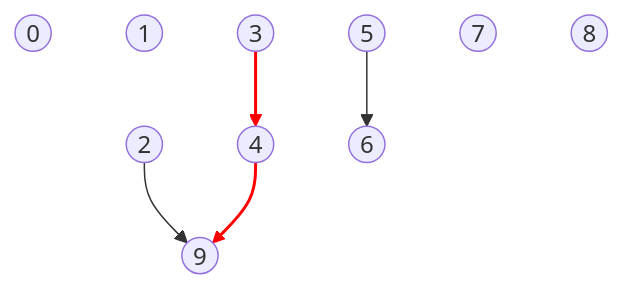
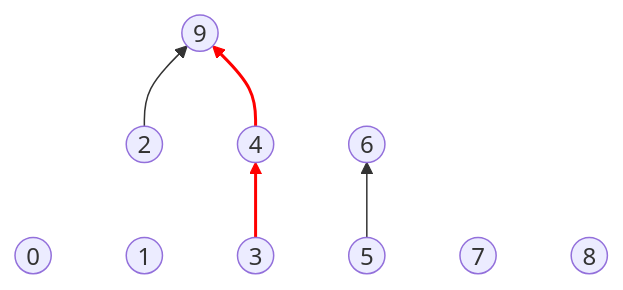
One commit to tmtxt/tmtxt.github.com changed the third of 6 diagrams in _posts/2022-09-03-dynamic-connectivity-union-find-summary.md. Above: the diagram before and after it, drawn with Mermaid. The commit also changed other lines of this file, not shown here.

```diff
--- a/_posts/2022-09-03-dynamic-connectivity-union-find-summary.md
+++ b/_posts/2022-09-03-dynamic-connectivity-union-find-summary.md
@@ -126,13 +126,13 @@
 <div class="mermaid">
-graph TD
+graph BT
   0((0))
   1((1))
   7((7))
   8((8))
   2((2)) --> 9((9))
   4((4)) --> 9
   3((3)) --> 4
   5((5)) --> 6((6))
   linkStyle 1 stroke:red,stroke-width:2px
   linkStyle 2 stroke:red,stroke-width:2px
 </div>
```
